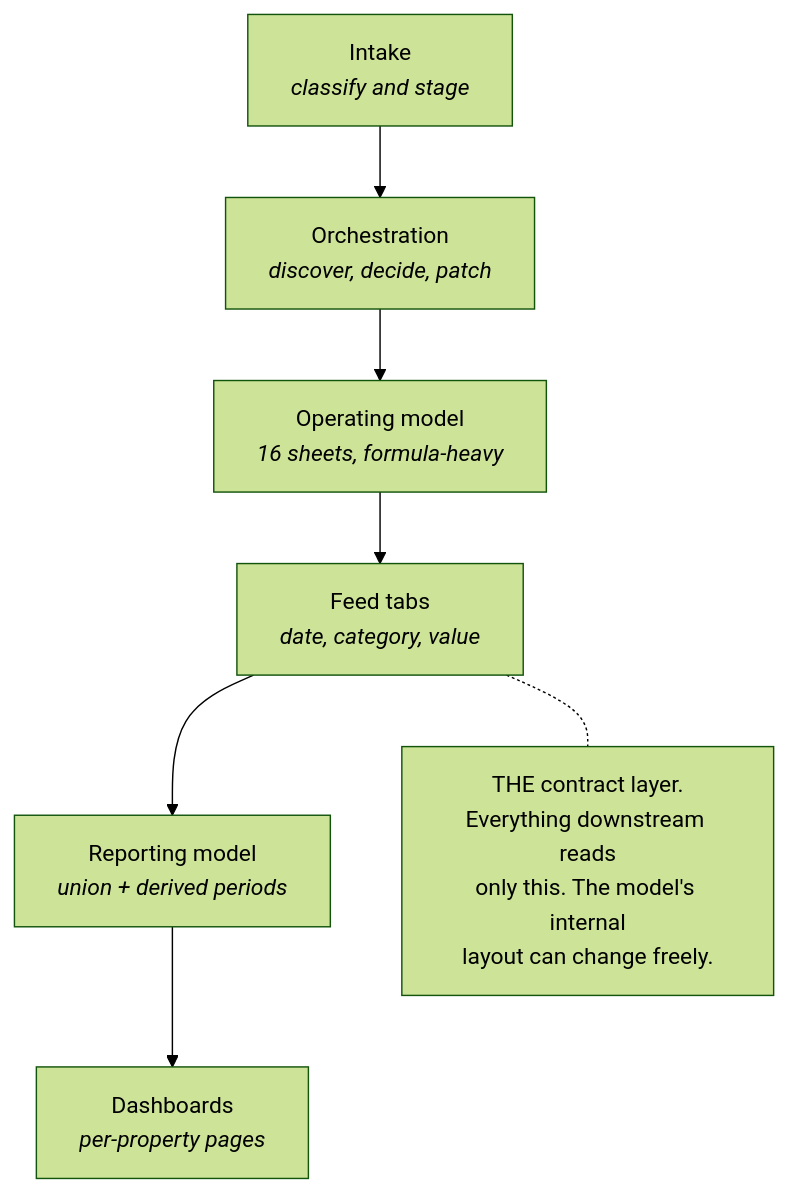
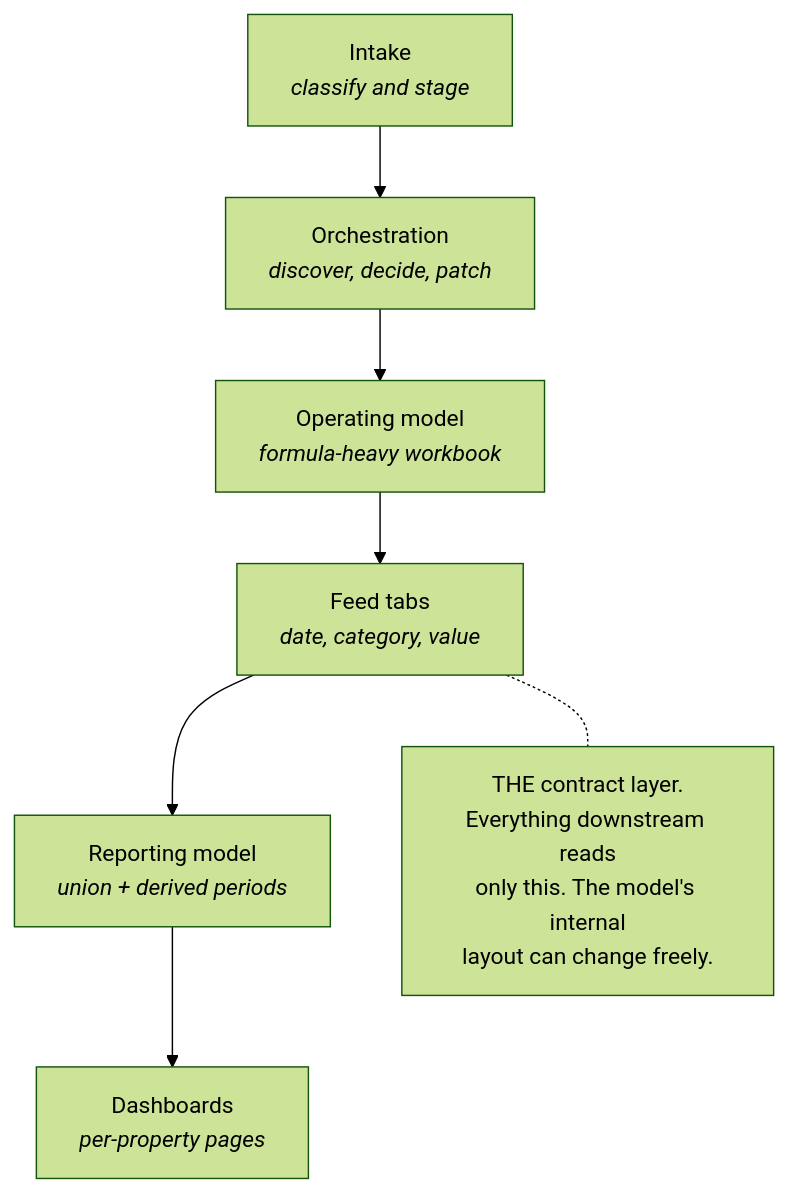
One commit to rgb101593/make-monthly-property-tracking-pipeline changed the fifth of 5 diagrams in diagrams/pipeline.md. Above: the diagram before and after it, drawn with Mermaid (forest theme). The commit also changed other lines of this file and 22 other files, not shown here.

````diff
--- a/diagrams/pipeline.md
+++ b/diagrams/pipeline.md
@@ -132,14 +132,14 @@
 ```mermaid
 flowchart TB
     L1["Intake<br/><i>classify and stage</i>"]
     L2["Orchestration<br/><i>discover, decide, patch</i>"]
-    L3["Operating model<br/><i>16 sheets, formula-heavy</i>"]
+    L3["Operating model<br/><i>formula-heavy workbook</i>"]
     L4["Feed tabs<br/><i>date, category, value</i>"]
     L5["Reporting model<br/><i>union + derived periods</i>"]
     L6["Dashboards<br/><i>per-property pages</i>"]
 
     L1 --> L2 --> L3 --> L4 --> L5 --> L6
 
     N4["THE contract layer.<br/>Everything downstream reads<br/>only this. The model's internal<br/>layout can change freely."]
     L4 -.- N4
 ```
````
